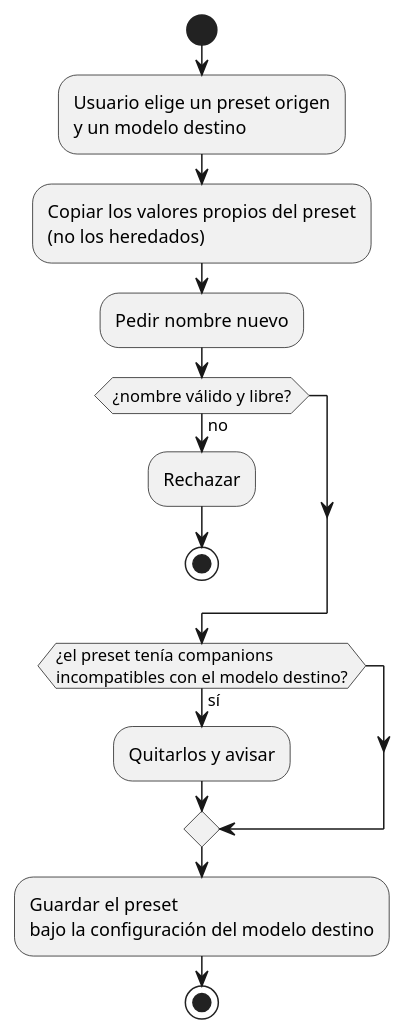
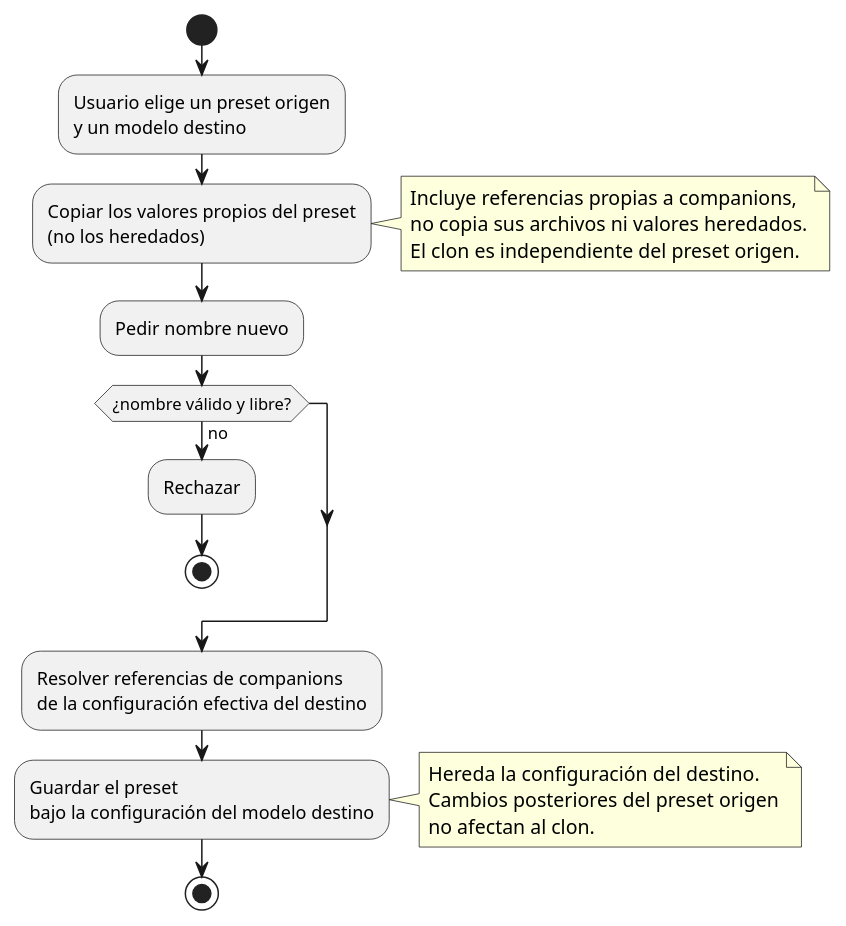
One commit to mstranich/coquena changed the seventh of 8 diagrams in docs/actividades.md. Above: the diagram before and after it, drawn with PlantUML. The commit also changed other lines of this file and 5 other files, not shown here.

Commit message:
docs: simplificar companions y referencias por alias

````diff
--- a/docs/actividades.md
+++ b/docs/actividades.md
@@ -239,17 +239,25 @@
 ```plantuml
 @startuml
 start
 :Usuario elige un preset origen\ny un modelo destino;
 :Copiar los valores propios del preset\n(no los heredados);
+note right
+  Incluye referencias propias a companions,
+  no copia sus archivos ni valores heredados.
+  El clon es independiente del preset origen.
+end note
 :Pedir nombre nuevo;
 if (¿nombre válido y libre?) then (no)
   :Rechazar;
   stop
 endif
-if (¿el preset tenía companions\nincompatibles con el modelo destino?) then (sí)
-  :Quitarlos y avisar;
-endif
+:Resolver referencias de companions\nde la configuración efectiva del destino;
 :Guardar el preset\nbajo la configuración del modelo destino;
+note right
+  Hereda la configuración del destino.
+  Cambios posteriores del preset origen
+  no afectan al clon.
+end note
 stop
 @enduml
 ```
````
